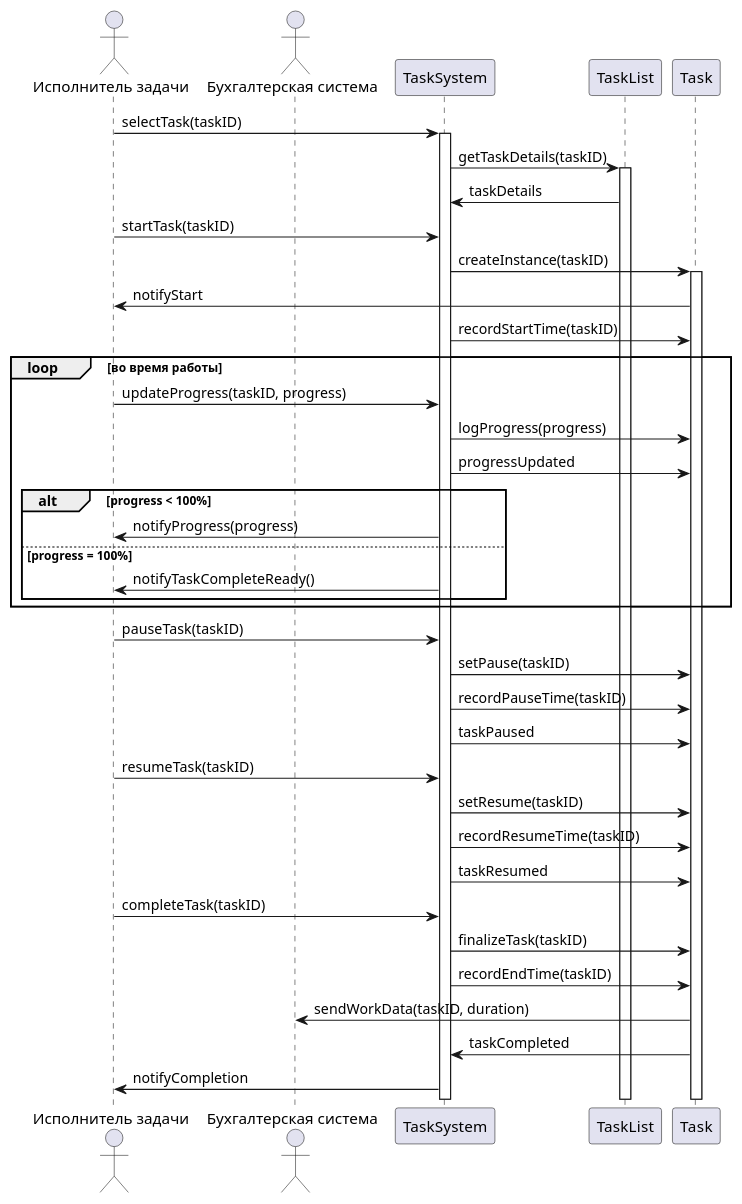
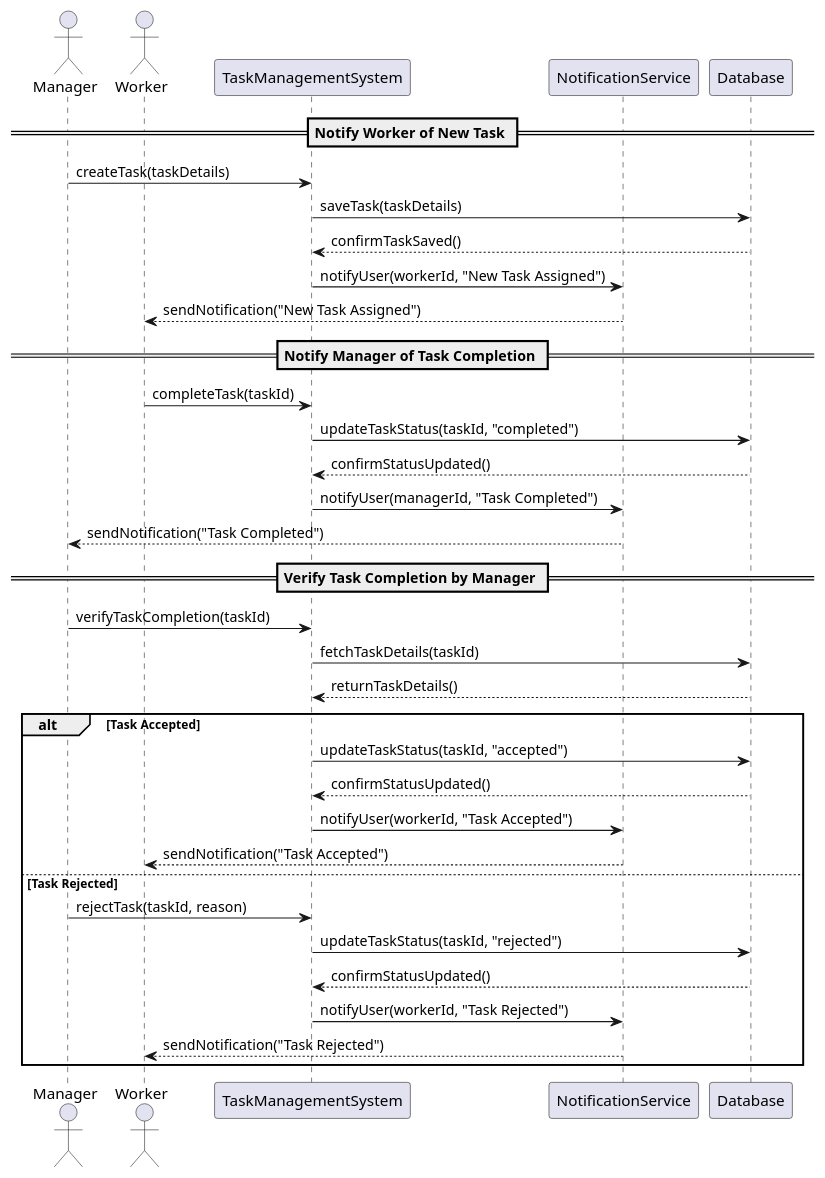
One commit to penamarth/bsbo-01-22_team5_var7 changed the diagram in Прецеденты/Контроль процесса выполнения/Диаграмма последовательностей контроля выполнения.md. Above: the diagram before and after it, drawn with PlantUML.

Commit message:
Update Диаграмма последовательностей контроля выполнения.md

````diff
--- a/Прецеденты/Контроль процесса выполнения/Диаграмма последовательностей контроля выполнения.md
+++ b/Прецеденты/Контроль процесса выполнения/Диаграмма последовательностей контроля выполнения.md
@@ -1,48 +1,41 @@
 ```plantuml
 @startuml
-actor "Исполнитель задачи" as Worker
-actor "Бухгалтерская система" as Accounting
+actor Manager as M
+actor Worker as W
+participant "TaskManagementSystem" as TMS
+participant "NotificationService" as NS
+participant "Database" as DB
 
-Worker -> TaskSystem : selectTask(taskID)
-activate TaskSystem
-TaskSystem -> TaskList : getTaskDetails(taskID)
-activate TaskList
-TaskSystem <- TaskList : taskDetails
+== Notify Worker of New Task ==
+M -> TMS : createTask(taskDetails)
+TMS -> DB : saveTask(taskDetails)
+DB --> TMS : confirmTaskSaved()
+TMS -> NS : notifyUser(workerId, "New Task Assigned")
+NS --> W : sendNotification("New Task Assigned")
 
-Worker -> TaskSystem : startTask(taskID)
-TaskSystem -> Task : createInstance(taskID)
-activate Task
-Task -> Worker : notifyStart
-TaskSystem -> Task : recordStartTime(taskID)
+== Notify Manager of Task Completion ==
+W -> TMS : completeTask(taskId)
+TMS -> DB : updateTaskStatus(taskId, "completed")
+DB --> TMS : confirmStatusUpdated()
+TMS -> NS : notifyUser(managerId, "Task Completed")
+NS --> M : sendNotification("Task Completed")
 
-loop во время работы
-    Worker -> TaskSystem : updateProgress(taskID, progress)
-    TaskSystem -> Task : logProgress(progress)
-    Task <- TaskSystem : progressUpdated
-    alt progress < 100%
-        TaskSystem -> Worker : notifyProgress(progress)
-    else progress = 100%
-        TaskSystem -> Worker : notifyTaskCompleteReady()
-    end
+== Verify Task Completion by Manager ==
+M -> TMS : verifyTaskCompletion(taskId)
+TMS -> DB : fetchTaskDetails(taskId)
+DB --> TMS : returnTaskDetails()
+alt Task Accepted
+    TMS -> DB : updateTaskStatus(taskId, "accepted")
+    DB --> TMS : confirmStatusUpdated()
+    TMS -> NS : notifyUser(workerId, "Task Accepted")
+    NS --> W : sendNotification("Task Accepted")
+else Task Rejected
+    M -> TMS : rejectTask(taskId, reason)
+    TMS -> DB : updateTaskStatus(taskId, "rejected")
+    DB --> TMS : confirmStatusUpdated()
+    TMS -> NS : notifyUser(workerId, "Task Rejected")
+    NS --> W : sendNotification("Task Rejected")
 end
-
-Worker -> TaskSystem : pauseTask(taskID)
-TaskSystem -> Task : setPause(taskID)
-TaskSystem -> Task : recordPauseTime(taskID)
-Task <- TaskSystem : taskPaused
-
-Worker -> TaskSystem : resumeTask(taskID)
-TaskSystem -> Task : setResume(taskID)
-TaskSystem -> Task : recordResumeTime(taskID)
-Task <- TaskSystem : taskResumed
-
-Worker -> TaskSystem : completeTask(taskID)
-TaskSystem -> Task : finalizeTask(taskID)
-TaskSystem -> Task : recordEndTime(taskID)
-Task -> Accounting : sendWorkData(taskID, duration)
-TaskSystem <- Task : taskCompleted
-TaskSystem -> Worker : notifyCompletion
-
 @enduml
 
 ```
````
